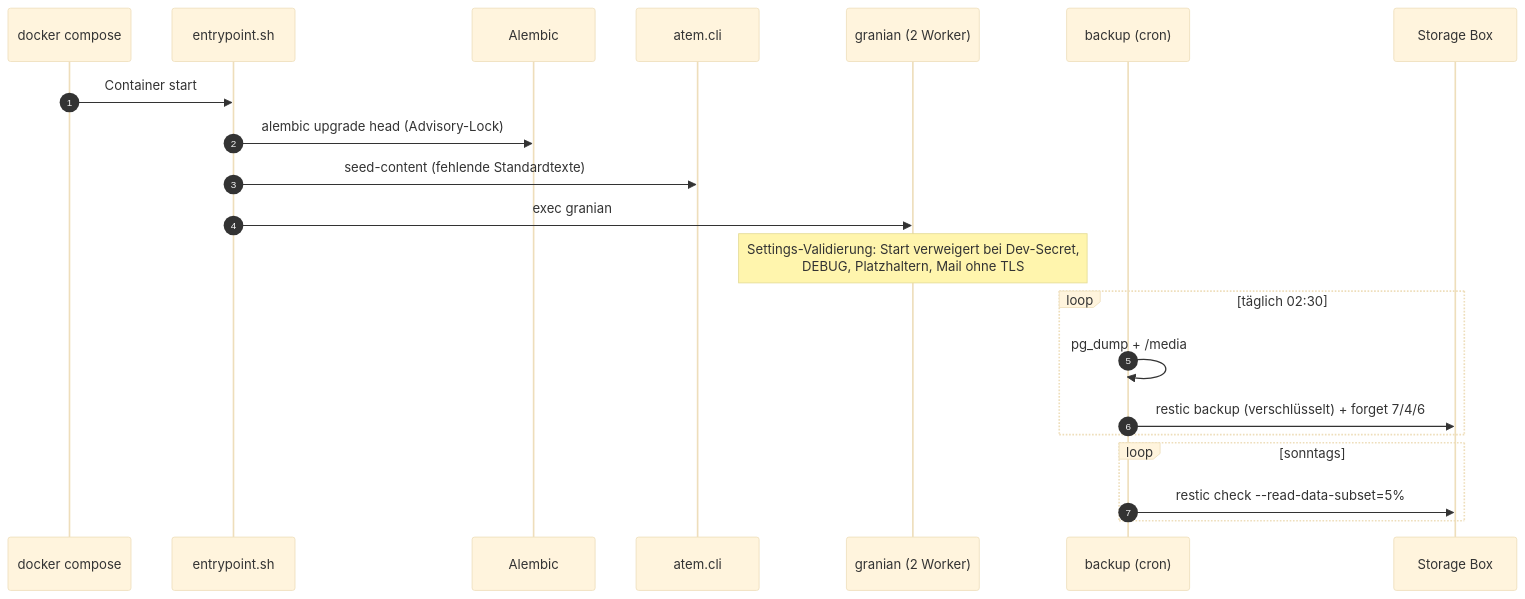
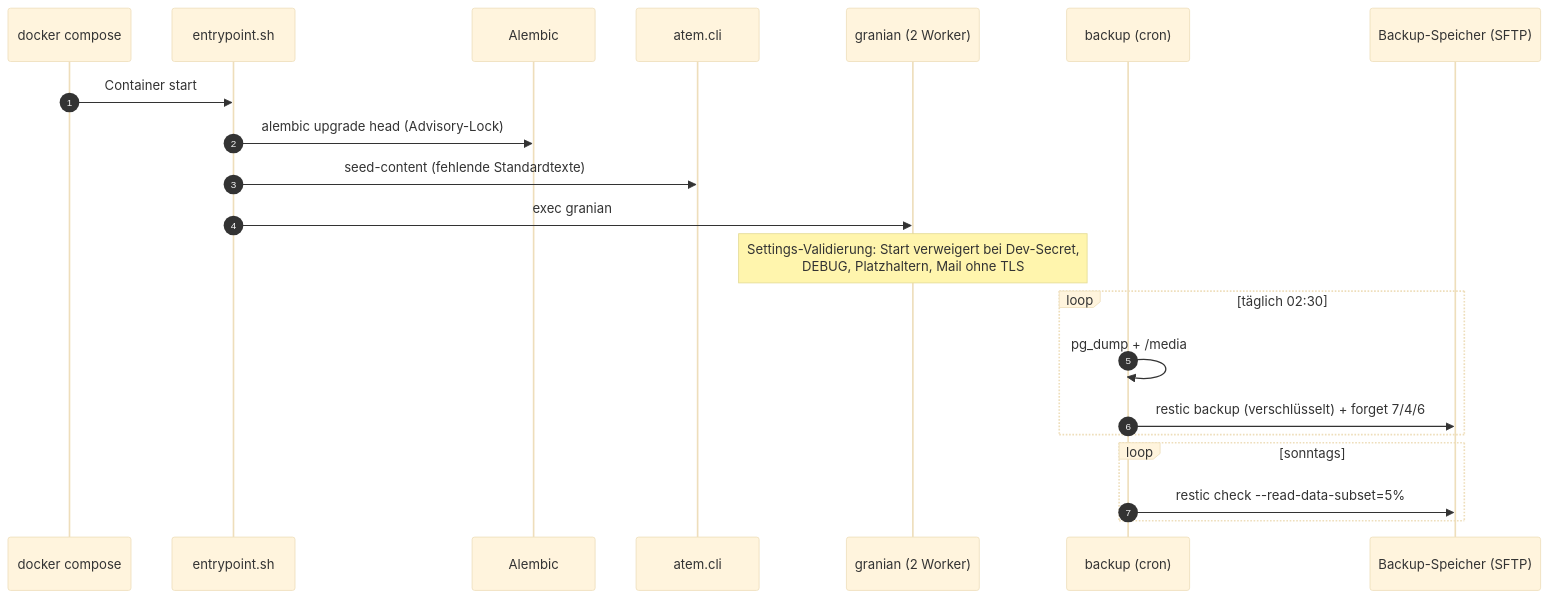
Before and after one commit to winSC1ENCE/pusterum: the fifth of 5 diagrams in docs/architecture/sequence_diagrams.md, drawn with Mermaid (base theme). The commit also changed 22 other files, not shown here.

````diff
--- a/docs/architecture/sequence_diagrams.md
+++ b/docs/architecture/sequence_diagrams.md
@@ -131,24 +131,24 @@
 ```mermaid
 sequenceDiagram
     autonumber
     participant D as docker compose
     participant E as entrypoint.sh
     participant AL as Alembic
     participant CLI as atem.cli
     participant G as granian (2 Worker)
     participant BK as backup (cron)
-    participant SB as Storage Box
+    participant SB as Backup-Speicher (SFTP)
 
     D->>E: Container start
     E->>AL: alembic upgrade head (Advisory-Lock)
     E->>CLI: seed-content (fehlende Standardtexte)
     E->>G: exec granian
     Note over G: Settings-Validierung: Start verweigert bei Dev-Secret,<br/>DEBUG, Platzhaltern, Mail ohne TLS
     loop täglich 02:30
         BK->>BK: pg_dump + /media
         BK->>SB: restic backup (verschlüsselt) + forget 7/4/6
     end
     loop sonntags
         BK->>SB: restic check --read-data-subset=5%
     end
 ```
````
